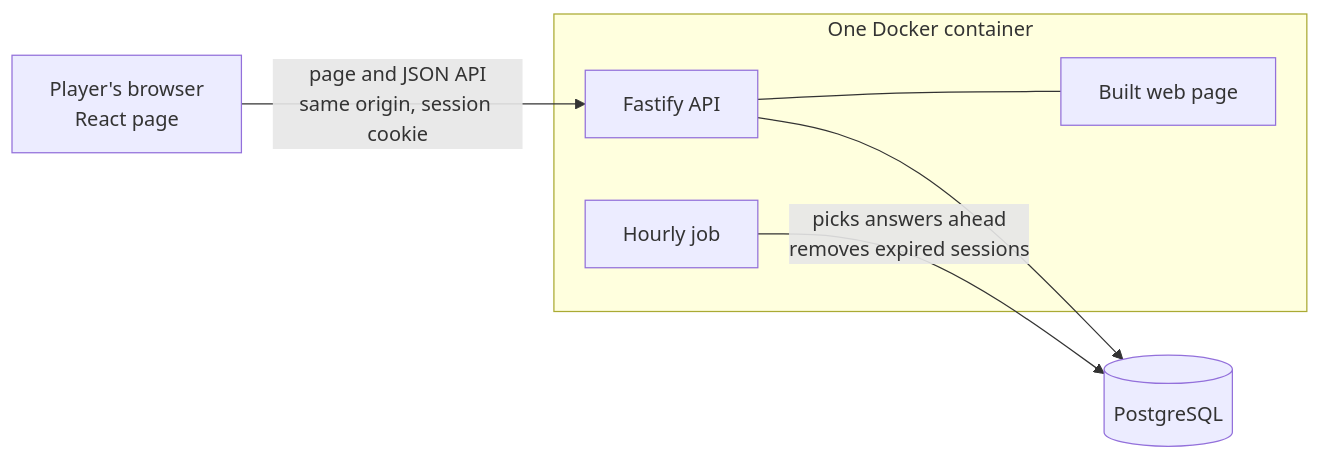
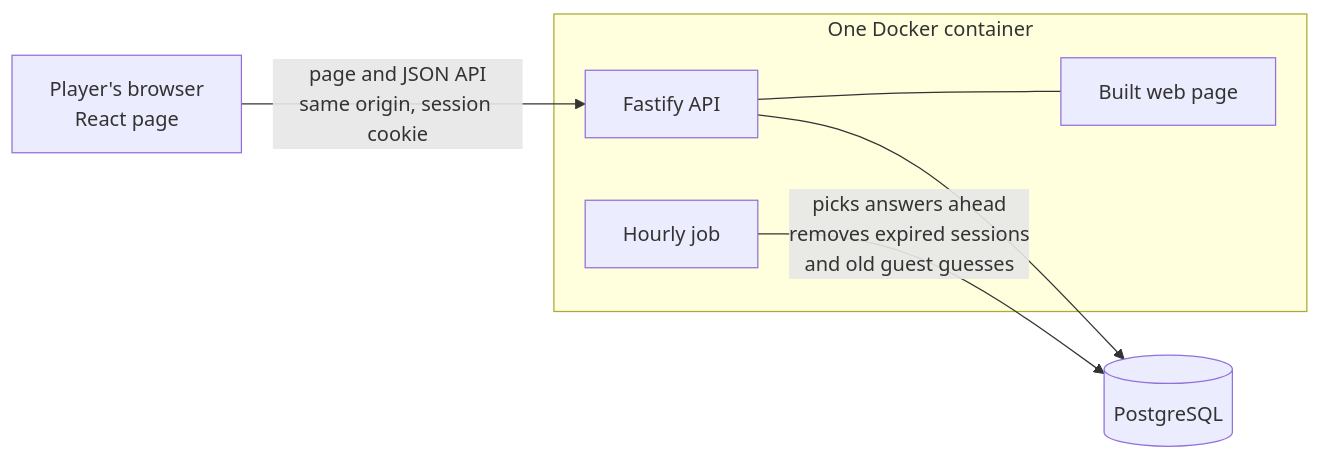
The first of 2 diagrams in README.md (prviegas/dragonpunchedle), drawn with Mermaid before and after one commit. The commit also changed other lines of this file and 8 other files, not shown here.

````diff
--- a/README.md
+++ b/README.md
@@ -32,15 +35,15 @@
 ```mermaid
 flowchart LR
   player["Player's browser<br/>React page"]
   subgraph container["One Docker container"]
     api["Fastify API"]
     page["Built web page"]
     job["Hourly job"]
   end
   db[("PostgreSQL")]
 
   player -- "page and JSON API<br/>same origin, session cookie" --> api
   api --- page
   api --> db
-  job -- "picks answers ahead<br/>removes expired sessions" --> db
+  job -- "picks answers ahead<br/>removes expired sessions<br/>and old guest guesses" --> db
 ```
````
